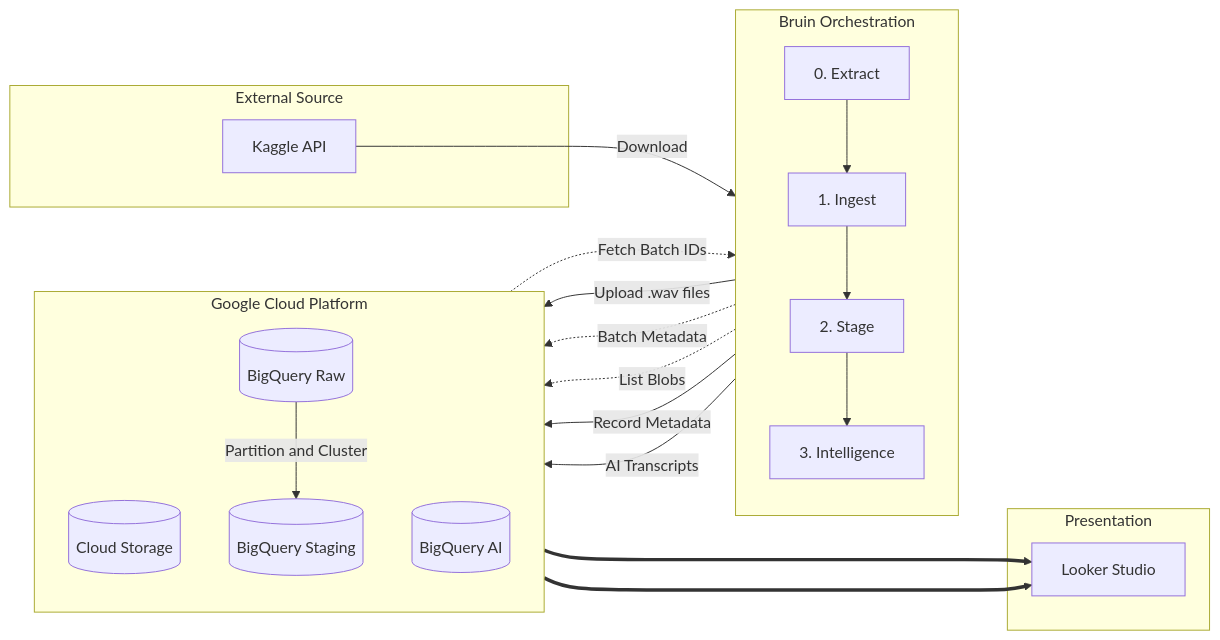
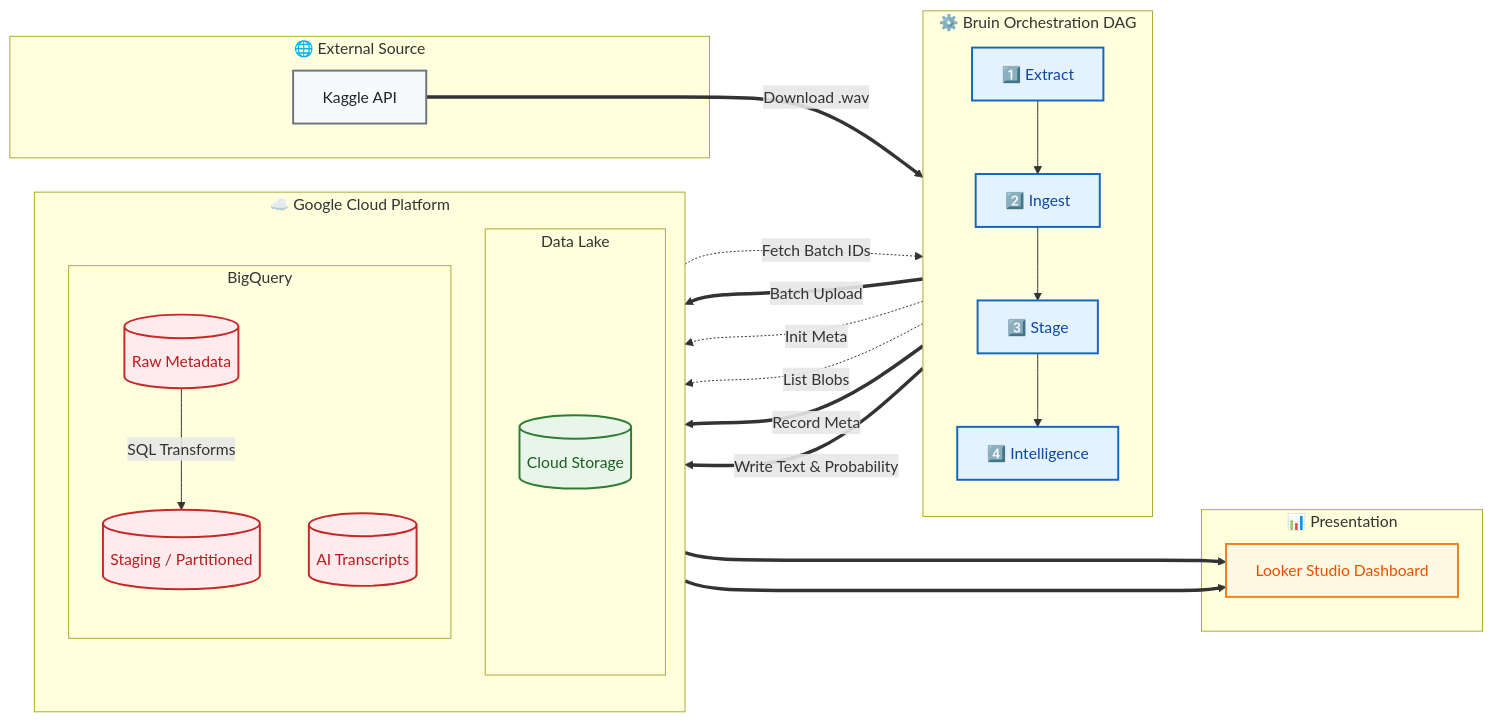
Before and after one commit to ananurkaromah/suara-pipeline: the diagram in README.md, drawn with Mermaid. The commit also changed other lines of this file, not shown here.

Commit message:
readme update

````diff
--- a/README.md
+++ b/README.md
@@ -51,39 +51,64 @@
 ```mermaid
 flowchart LR
-    subgraph External [External Source]
-        Kaggle[Kaggle API]
+    %% -- Color Theme Definitions --
+    classDef external fill:#f8f9fa,stroke:#6c757d,stroke-width:2px,color:#212529
+    classDef orchestrator fill:#e3f2fd,stroke:#1565c0,stroke-width:2px,color:#0d47a1
+    classDef storage fill:#e8f5e9,stroke:#2e7d32,stroke-width:2px,color:#1b5e20
+    classDef warehouse fill:#ffebee,stroke:#c62828,stroke-width:2px,color:#b71c1c
+    classDef bi fill:#fff8e1,stroke:#f57f17,stroke-width:2px,color:#e65100
+
+    %% -- Architecture Nodes --
+    
+    subgraph Source [🌐 External Source]
+        Kaggle[Kaggle API]:::external
     end
 
-    subgraph Bruin [Bruin Orchestration]
+    subgraph Orchestrator [⚙️ Bruin Orchestration DAG]
         direction TB
-        E[0. Extract]
-        I[1. Ingest]
-        S[2. Stage]
-        T[3. Intelligence]
+        E[1️⃣ Extract]:::orchestrator
+        I[2️⃣ Ingest]:::orchestrator
+        S[3️⃣ Stage]:::orchestrator
+        T[4️⃣ Intelligence]:::orchestrator
+        
         E --> I --> S --> T
     end
 
-    subgraph GCP [Google Cloud Platform]
+    subgraph GCP [☁️ Google Cloud Platform]
         direction TB
-        GCS[(Cloud Storage)]
-        BQ_Raw[(BigQuery Raw)]
-        BQ_Stg[(BigQuery Staging)]
-        BQ_Final[(BigQuery AI)]
+        
+        subgraph Lake [Data Lake]
+            GCS[(Cloud Storage)]:::storage
+        end
+        
+        subgraph Warehouse [BigQuery]
+            direction TB
+            BQ_Raw[(Raw Metadata)]:::warehouse
+            BQ_Stg[(Staging / Partitioned)]:::warehouse
+            BQ_Final[(AI Transcripts)]:::warehouse
+        end
     end
 
-    subgraph BI [Presentation]
-        Looker[Looker Studio]
+    subgraph BI_Layer [📊 Presentation]
+        Looker[Looker Studio Dashboard]:::bi
     end
 
-    Kaggle -->|Download| E
-    E -->|Upload .wav files| GCS
-    E -.->|Batch Metadata| BQ_Raw
-    I -.->|List Blobs| GCS
-    I -->|Record Metadata| BQ_Raw
-    BQ_Raw -->|Partition and Cluster| BQ_Stg
-    BQ_Stg -.->|Fetch Batch IDs| T
-    T -->|AI Transcripts| BQ_Final
+    %% -- Routing & Data Flow --
+    
+    %% Ingestion
+    Kaggle == "Download .wav" ==> E
+    E == "Batch Upload" ==> GCS
+    E -. "Init Meta" .-> BQ_Raw
+    
+    %% Staging
+    I -. "List Blobs" .-> GCS
+    I == "Record Meta" ==> BQ_Raw
+    BQ_Raw -- "SQL Transforms" --> BQ_Stg
+    
+    %% Intelligence
+    BQ_Stg -. "Fetch Batch IDs" .-> T
+    T == "Write Text & Probability" ==> BQ_Final
 
+    %% Presentation
     BQ_Stg ===> Looker
     BQ_Final ===> Looker
 ```
````
